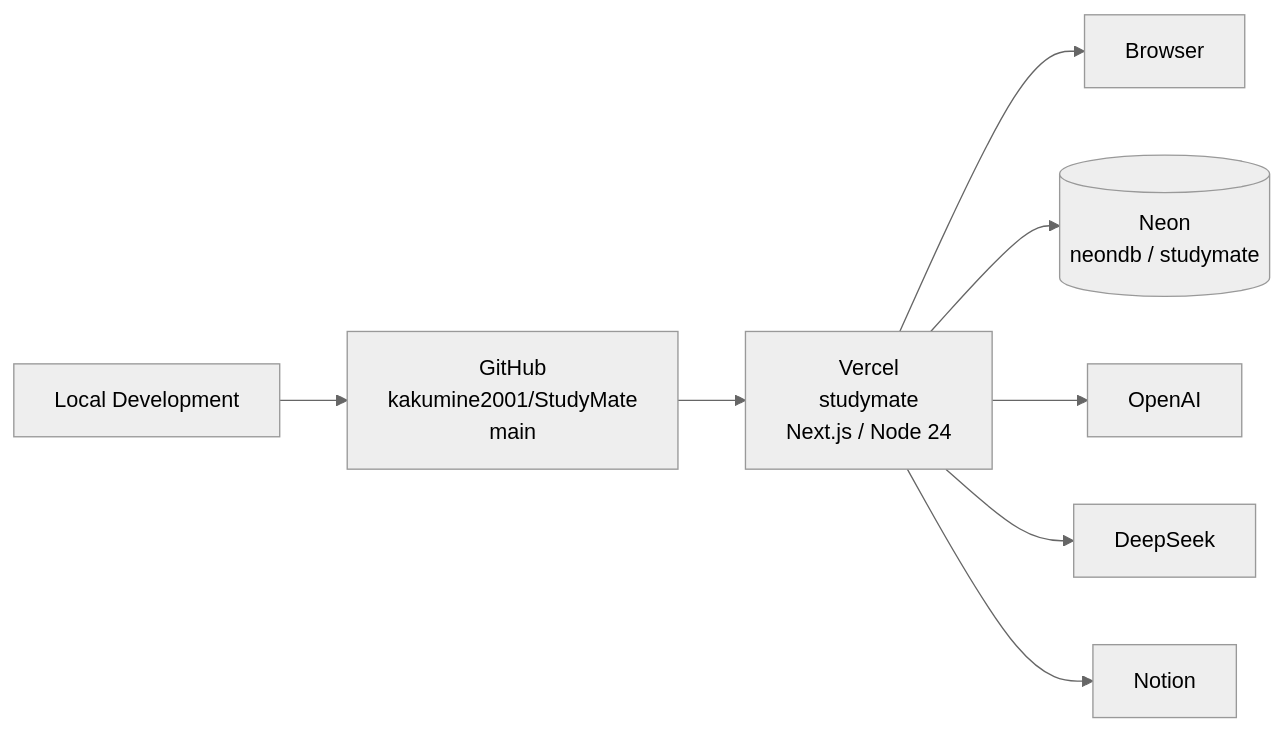
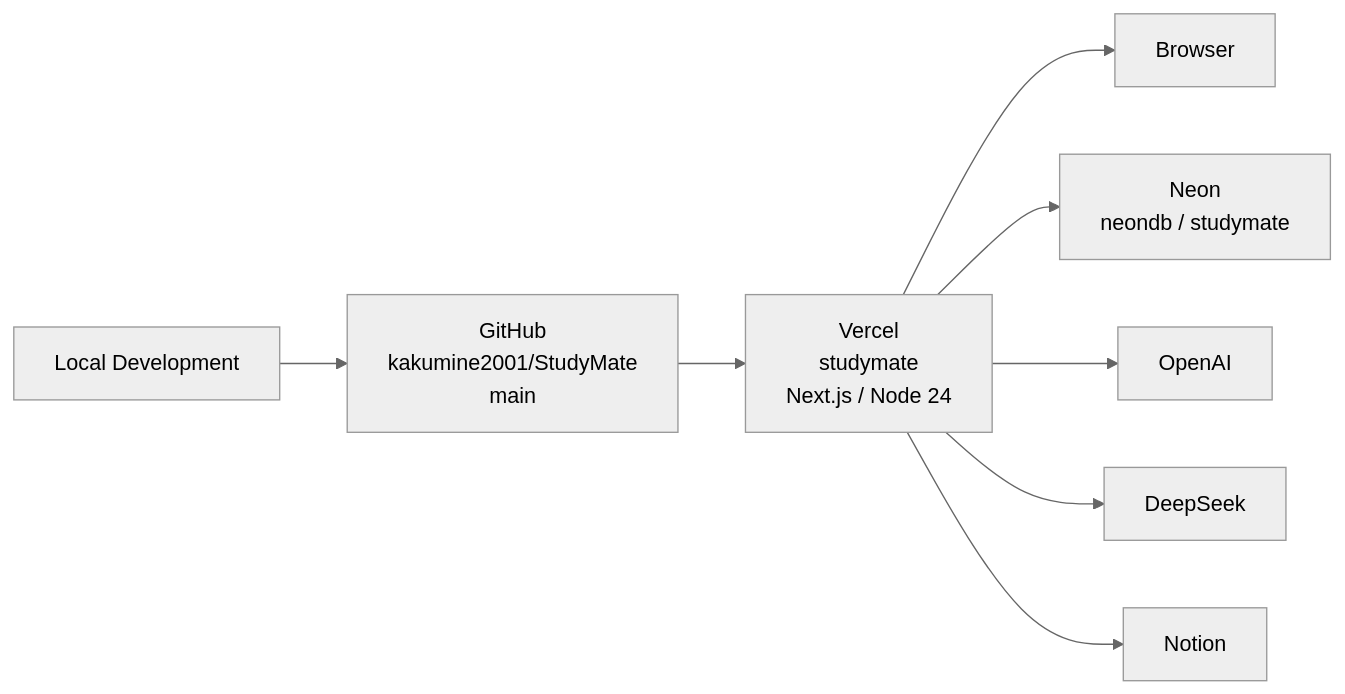
Before and after one commit to kakumine2001/NoteFable: the diagram in docs/architecture/deployment.md, drawn with Mermaid (neutral theme). The commit also changed 3 other files, not shown here.

Commit message:
docs: fix GitHub Mermaid rendering

````diff
--- a/docs/architecture/deployment.md
+++ b/docs/architecture/deployment.md
@@ -66,19 +66,19 @@
 ```mermaid
 flowchart LR
-    DEV[Local Development]
-    GH[GitHub<br/>kakumine2001/StudyMate<br/>main]
-    V[Vercel<br/>studymate<br/>Next.js / Node 24]
-    USERS[Browser]
-    DB[(Neon<br/>neondb / studymate)]
-    OAI[OpenAI]
-    DS[DeepSeek]
-    N[Notion]
+    DEV["Local Development"]
+    GH["GitHub<br/>kakumine2001/StudyMate<br/>main"]
+    V["Vercel<br/>studymate<br/>Next.js / Node 24"]
+    USERS["Browser"]
+    DB["Neon<br/>neondb / studymate"]
+    OAI["OpenAI"]
+    DS["DeepSeek"]
+    N["Notion"]
 
     DEV --> GH
     GH --> V
     V --> USERS
     V --> DB
     V --> OAI
     V --> DS
     V --> N
 ```
````
